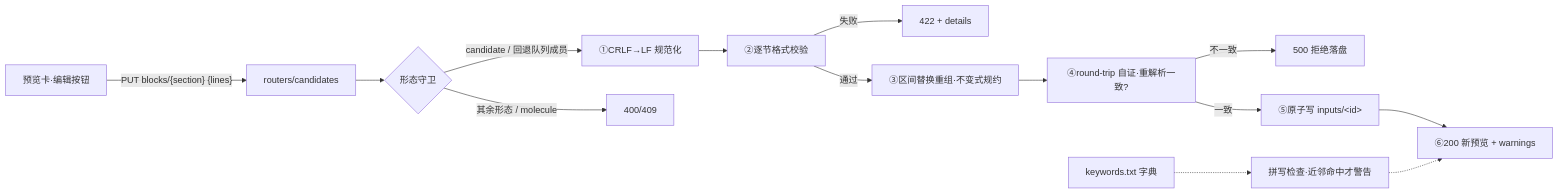
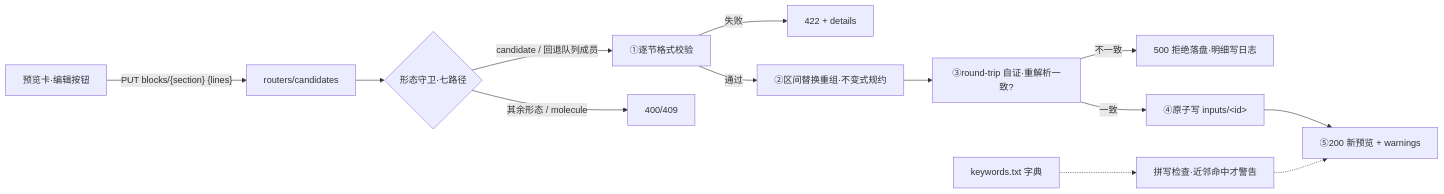
One commit to baizhancaiji/gauforge changed the second of 4 diagrams in docs/plans/m2-plan.md. Above: the diagram before and after it, drawn with Mermaid. The commit also changed other lines of this file and 1 other file, not shown here.

````diff
--- a/docs/plans/m2-plan.md
+++ b/docs/plans/m2-plan.md
@@ -325,16 +630,15 @@
 ```mermaid
 flowchart LR
     UI[预览卡·编辑按钮] -->|"PUT blocks/{section} {lines}"| API[routers/candidates]
-    API --> GUARD{形态守卫}
-    GUARD -->|candidate / 回退队列成员| NORM[①CRLF→LF 规范化]
+    API --> GUARD{形态守卫·七路径}
+    GUARD -->|candidate / 回退队列成员| VAL[①逐节格式校验]
     GUARD -->|其余形态 / molecule| REJ[400/409]
-    NORM --> VAL[②逐节格式校验]
     VAL -->|失败| V422[422 + details]
-    VAL -->|通过| REASM[③区间替换重组·不变式规约]
-    REASM --> RT[④round-trip 自证·重解析一致?]
-    RT -->|不一致| E500[500 拒绝落盘]
-    RT -->|一致| WRITE[⑤原子写 inputs/&lt;id&gt;]
-    WRITE --> RESP[⑥200 新预览 + warnings]
+    VAL -->|通过| REASM[②区间替换重组·不变式规约]
+    REASM --> RT[③round-trip 自证·重解析一致?]
+    RT -->|不一致| E500[500 拒绝落盘·明细写日志]
+    RT -->|一致| WRITE[④原子写 inputs/&lt;id&gt;]
+    WRITE --> RESP[⑤200 新预览 + warnings]
     DICT[keywords.txt 字典] -.-> SPELL[拼写检查·近邻命中才警告]
     SPELL -.-> RESP
 ```
````
